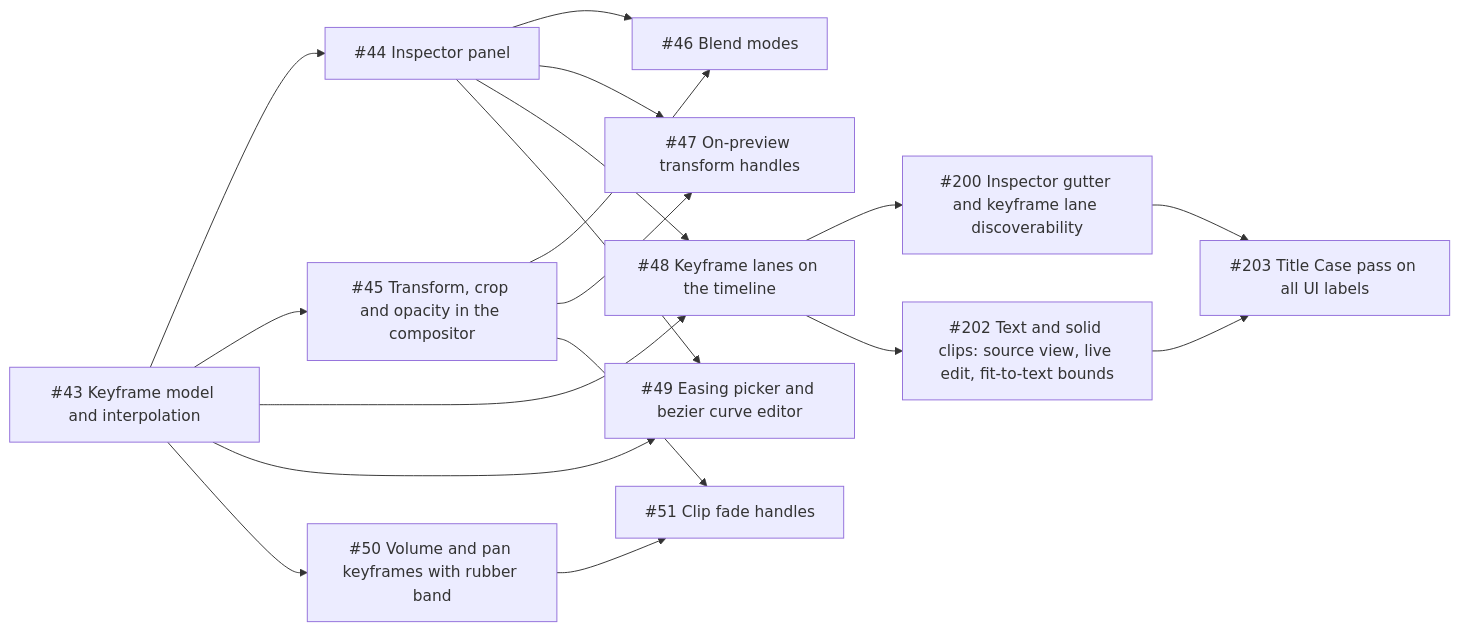
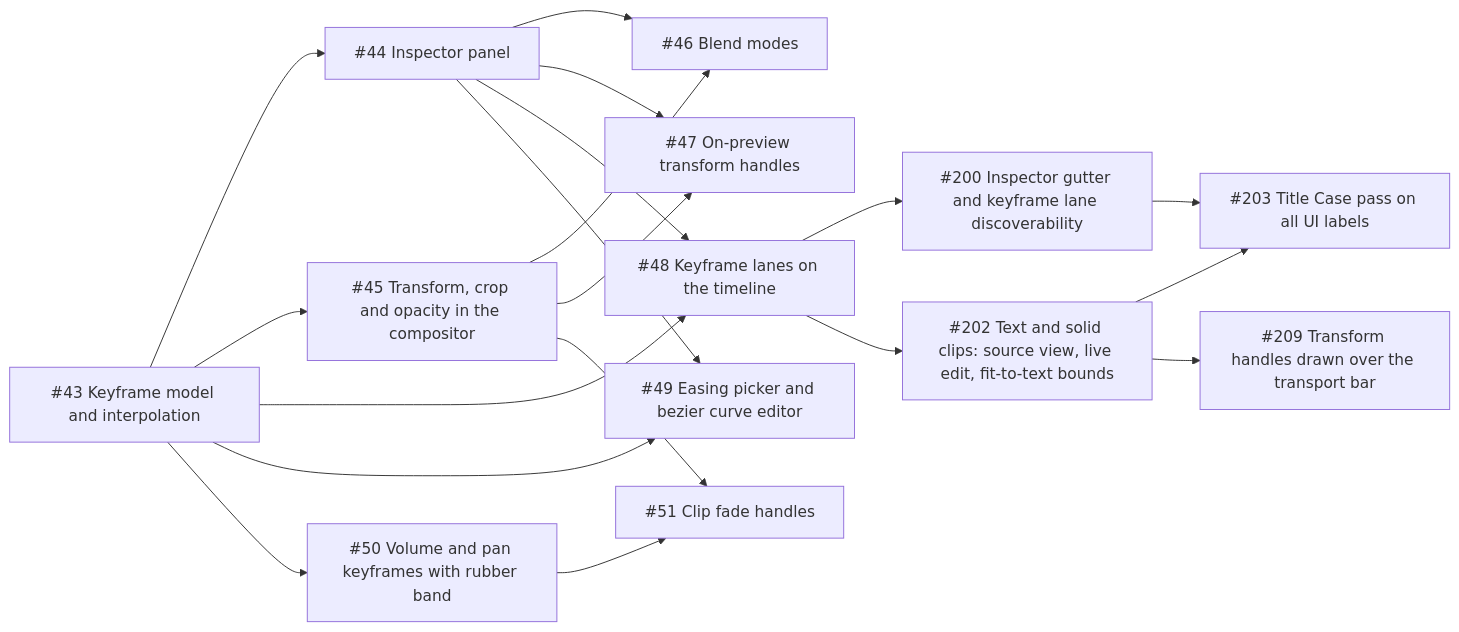
Before and after one commit to jarradbanks/jvid: the fourth of 7 diagrams in docs/ROADMAP.md, drawn with Mermaid. The commit also changed other lines of this file and 2 other files, not shown here.

Commit message:
Roadmap: gizmo clipping bug

````diff
--- a/docs/ROADMAP.md
+++ b/docs/ROADMAP.md
@@ -242,32 +242,34 @@
 ```mermaid
 flowchart LR
   keyframes["#35;43 Keyframe model and interpolation"]
   inspector["#35;44 Inspector panel"]
   transform["#35;45 Transform, crop and opacity in the compositor"]
   blend["#35;46 Blend modes"]
   gizmo["#35;47 On-preview transform handles"]
   keyframe_lanes["#35;48 Keyframe lanes on the timeline"]
   easing_ui["#35;49 Easing picker and bezier curve editor"]
   audio_keys["#35;50 Volume and pan keyframes with rubber band"]
   fades["#35;51 Clip fade handles"]
   kf_discover["#35;200 Inspector gutter and keyframe lane discoverability"]
   text_solid_fixes["#35;202 Text and solid clips: source view, live edit, fit-to-text bounds"]
   title_case["#35;203 Title Case pass on all UI labels"]
+  gizmo_clip["#35;209 Transform handles drawn over the transport bar"]
   keyframes --> inspector
   keyframes --> transform
   transform --> blend
   inspector --> blend
   transform --> gizmo
   inspector --> gizmo
   keyframes --> keyframe_lanes
   inspector --> keyframe_lanes
   keyframes --> easing_ui
   inspector --> easing_ui
   keyframes --> audio_keys
   audio_keys --> fades
   transform --> fades
   keyframe_lanes --> kf_discover
   keyframe_lanes --> text_solid_fixes
   text_solid_fixes --> title_case
   kf_discover --> title_case
+  text_solid_fixes --> gizmo_clip
 ```
````
